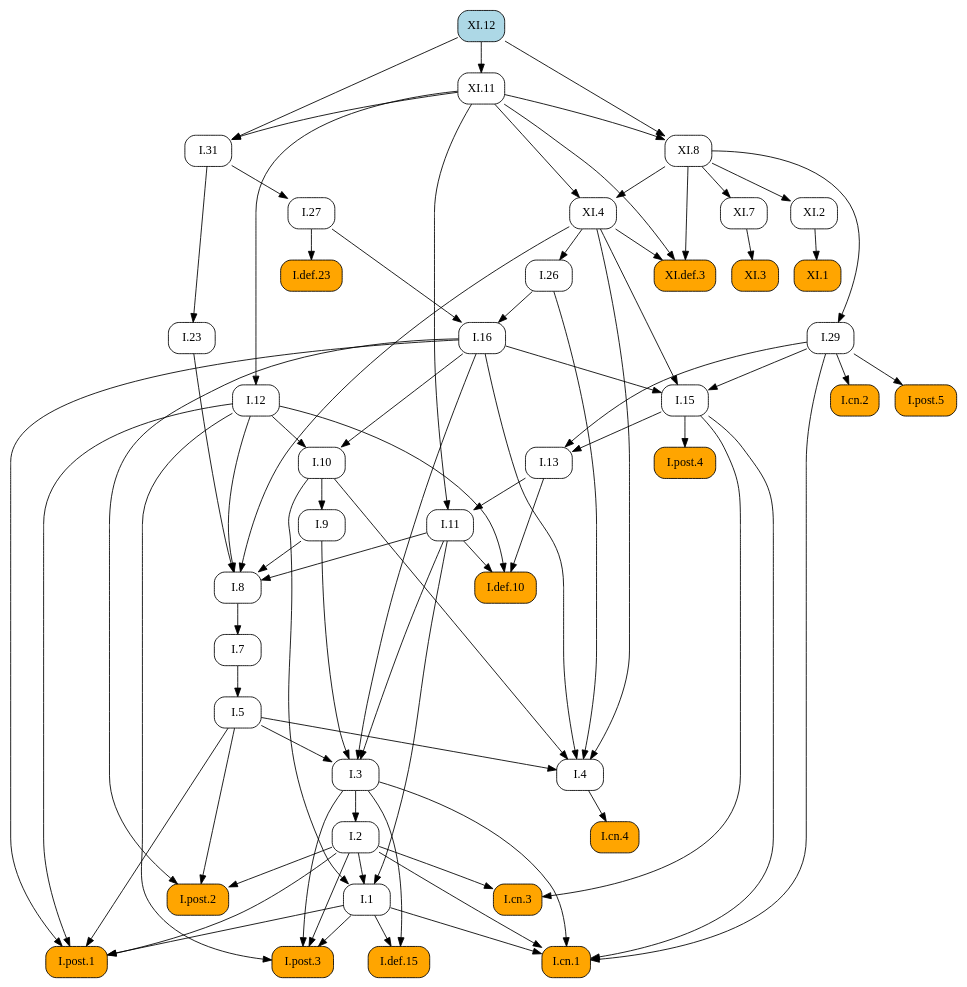
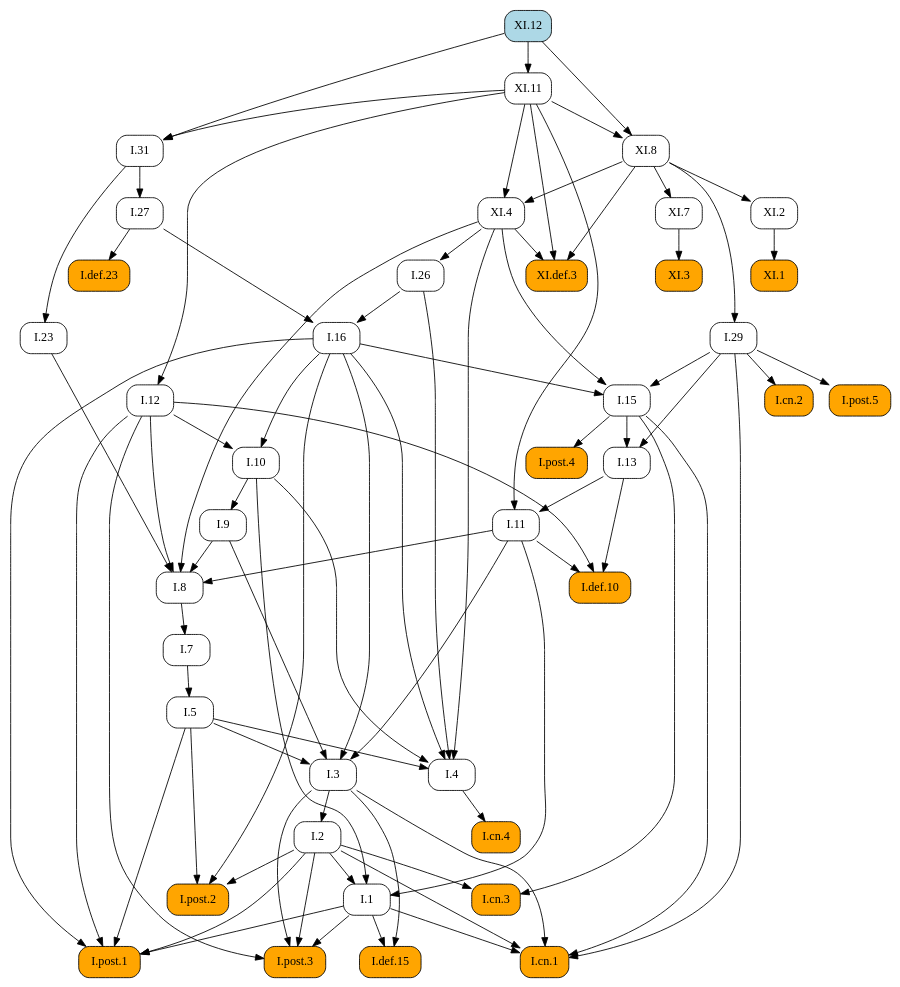
One commit to geometor/elements changed the diagram in docsrc/heath/XI/12/index.rst. Above: the diagram before and after it, drawn with Graphviz. The commit also changed other lines of this file and 484 other files, not shown here.

```diff
--- a/docsrc/heath/XI/12/index.rst
+++ b/docsrc/heath/XI/12/index.rst
@@ -33,124 +33,124 @@
    digraph {
      rankdir="TB";
      node [shape=box, style=rounded];
+     "I.23" [URL="/heath/I/23/", target="_top"];
+     "I.9" [URL="/heath/I/9/", target="_top"];
+     "XI.4" [URL="/heath/XI/4/", target="_top"];
+     "I.def.15" [style="rounded,filled", fillcolor=orange, URL="/heath/I/def.15/", target="_top"];
+     "XI.8" [URL="/heath/XI/8/", target="_top"];
+     "I.post.3" [style="rounded,filled", fillcolor=orange, URL="/heath/I/post.3/", target="_top"];
+     "I.post.1" [style="rounded,filled", fillcolor=orange, URL="/heath/I/post.1/", target="_top"];
+     "XI.3" [style="rounded,filled", fillcolor=orange, URL="/heath/XI/3/", target="_top"];
+     "I.31" [URL="/heath/I/31/", target="_top"];
      "I.def.10" [style="rounded,filled", fillcolor=orange, URL="/heath/I/def.10/", target="_top"];
+     "XI.12" [style="rounded,filled", fillcolor=lightblue, URL="/heath/XI/12/", target="_top"];
+     "XI.def.3" [style="rounded,filled", fillcolor=orange, URL="/heath/XI/def.3/", target="_top"];
+     "I.27" [URL="/heath/I/27/", target="_top"];
+     "XI.2" [URL="/heath/XI/2/", target="_top"];
+     "XI.7" [URL="/heath/XI/7/", target="_top"];
+     "I.3" [URL="/heath/I/3/", target="_top"];
+     "I.cn.1" [style="rounded,filled", fillcolor=orange, URL="/heath/I/cn.1/", target="_top"];
+     "I.7" [URL="/heath/I/7/", target="_top"];
+     "I.2" [URL="/heath/I/2/", target="_top"];
+     "I.13" [URL="/heath/I/13/", target="_top"];
+     "I.post.4" [style="rounded,filled", fillcolor=orange, URL="/heath/I/post.4/", target="_top"];
+     "I.4" [URL="/heath/I/4/", target="_top"];
+     "I.1" [URL="/heath/I/1/", target="_top"];
+     "I.5" [URL="/heath/I/5/", target="_top"];
+     "I.8" [URL="/heath/I/8/", target="_top"];
+     "I.29" [URL="/heath/I/29/", target="_top"];
+     "I.cn.3" [style="rounded,filled", fillcolor=orange, URL="/heath/I/cn.3/", target="_top"];
+     "I.16" [URL="/heath/I/16/", target="_top"];
+     "I.15" [URL="/heath/I/15/", target="_top"];
+     "I.10" [URL="/heath/I/10/", target="_top"];
      "I.11" [URL="/heath/I/11/", target="_top"];
-     "XI.def.3" [style="rounded,filled", fillcolor=orange, URL="/heath/XI/def.3/", target="_top"];
-     "I.1" [URL="/heath/I/1/", target="_top"];
-     "I.post.4" [style="rounded,filled", fillcolor=orange, URL="/heath/I/post.4/", target="_top"];
+     "I.def.23" [style="rounded,filled", fillcolor=orange, URL="/heath/I/def.23/", target="_top"];
+     "I.cn.2" [style="rounded,filled", fillcolor=orange, URL="/heath/I/cn.2/", target="_top"];
+     "I.post.5" [style="rounded,filled", fillcolor=orange, URL="/heath/I/post.5/", target="_top"];
+     "I.12" [URL="/heath/I/12/", target="_top"];
+     "XI.1" [style="rounded,filled", fillcolor=orange, URL="/heath/XI/1/", target="_top"];
+     "I.cn.4" [style="rounded,filled", fillcolor=orange, URL="/heath/I/cn.4/", target="_top"];
+     "I.post.2" [style="rounded,filled", fillcolor=orange, URL="/heath/I/post.2/", target="_top"];
+     "XI.11" [URL="/heath/XI/11/", target="_top"];
      "I.26" [URL="/heath/I/26/", target="_top"];
-     "XI.12" [style="rounded,filled", fillcolor=lightblue, URL="/heath/XI/12/", target="_top"];
-     "XI.7" [URL="/heath/XI/7/", target="_top"];
-     "I.29" [URL="/heath/I/29/", target="_top"];
-     "I.cn.2" [style="rounded,filled", fillcolor=orange, URL="/heath/I/cn.2/", target="_top"];
-     "XI.8" [URL="/heath/XI/8/", target="_top"];
-     "I.def.15" [style="rounded,filled", fillcolor=orange, URL="/heath/I/def.15/", target="_top"];
-     "XI.11" [URL="/heath/XI/11/", target="_top"];
-     "I.post.3" [style="rounded,filled", fillcolor=orange, URL="/heath/I/post.3/", target="_top"];
-     "XI.1" [style="rounded,filled", fillcolor=orange, URL="/heath/XI/1/", target="_top"];
-     "I.cn.1" [style="rounded,filled", fillcolor=orange, URL="/heath/I/cn.1/", target="_top"];
-     "I.cn.3" [style="rounded,filled", fillcolor=orange, URL="/heath/I/cn.3/", target="_top"];
-     "XI.2" [URL="/heath/XI/2/", target="_top"];
-     "I.23" [URL="/heath/I/23/", target="_top"];
-     "I.post.1" [style="rounded,filled", fillcolor=orange, URL="/heath/I/post.1/", target="_top"];
-     "I.27" [URL="/heath/I/27/", target="_top"];
-     "I.7" [URL="/heath/I/7/", target="_top"];
-     "I.3" [URL="/heath/I/3/", target="_top"];
-     "I.2" [URL="/heath/I/2/", target="_top"];
-     "I.def.23" [style="rounded,filled", fillcolor=orange, URL="/heath/I/def.23/", target="_top"];
-     "I.4" [URL="/heath/I/4/", target="_top"];
-     "I.13" [URL="/heath/I/13/", target="_top"];
-     "I.12" [URL="/heath/I/12/", target="_top"];
-     "I.31" [URL="/heath/I/31/", target="_top"];
-     "I.post.2" [style="rounded,filled", fillcolor=orange, URL="/heath/I/post.2/", target="_top"];
-     "I.16" [URL="/heath/I/16/", target="_top"];
-     "I.9" [URL="/heath/I/9/", target="_top"];
-     "I.8" [URL="/heath/I/8/", target="_top"];
-     "I.cn.4" [style="rounded,filled", fillcolor=orange, URL="/heath/I/cn.4/", target="_top"];
-     "I.15" [URL="/heath/I/15/", target="_top"];
-     "XI.4" [URL="/heath/XI/4/", target="_top"];
-     "I.post.5" [style="rounded,filled", fillcolor=orange, URL="/heath/I/post.5/", target="_top"];
-     "I.10" [URL="/heath/I/10/", target="_top"];
-     "I.5" [URL="/heath/I/5/", target="_top"];
-     "XI.3" [style="rounded,filled", fillcolor=orange, URL="/heath/XI/3/", target="_top"];
-     "I.11" -> "I.def.10";
-     "I.12" -> "I.def.10";
-     "I.13" -> "I.def.10";
-     "I.13" -> "I.11";
-     "XI.11" -> "I.11";
-     "XI.4" -> "XI.def.3";
-     "XI.8" -> "XI.def.3";
-     "XI.11" -> "XI.def.3";
-     "I.2" -> "I.1";
-     "I.10" -> "I.1";
-     "I.11" -> "I.1";
-     "I.15" -> "I.post.4";
-     "XI.4" -> "I.26";
-     "XI.8" -> "XI.7";
-     "XI.8" -> "I.29";
-     "I.29" -> "I.cn.2";
+     "I.31" -> "I.23";
+     "I.10" -> "I.9";
+     "XI.8" -> "XI.4";
+     "XI.11" -> "XI.4";
+     "I.1" -> "I.def.15";
+     "I.3" -> "I.def.15";
      "XI.11" -> "XI.8";
      "XI.12" -> "XI.8";
-     "I.1" -> "I.def.15";
-     "I.3" -> "I.def.15";
-     "XI.12" -> "XI.11";
      "I.1" -> "I.post.3";
      "I.2" -> "I.post.3";
      "I.3" -> "I.post.3";
      "I.12" -> "I.post.3";
-     "XI.2" -> "XI.1";
+     "I.1" -> "I.post.1";
+     "I.2" -> "I.post.1";
+     "I.5" -> "I.post.1";
+     "I.12" -> "I.post.1";
+     "I.16" -> "I.post.1";
+     "XI.7" -> "XI.3";
+     "XI.11" -> "I.31";
+     "XI.12" -> "I.31";
+     "I.11" -> "I.def.10";
+     "I.12" -> "I.def.10";
+     "I.13" -> "I.def.10";
+     "XI.4" -> "XI.def.3";
+     "XI.8" -> "XI.def.3";
+     "XI.11" -> "XI.def.3";
+     "I.31" -> "I.27";
+     "XI.8" -> "XI.2";
+     "XI.8" -> "XI.7";
+     "I.5" -> "I.3";
+     "I.9" -> "I.3";
+     "I.11" -> "I.3";
+     "I.16" -> "I.3";
      "I.1" -> "I.cn.1";
      "I.2" -> "I.cn.1";
      "I.3" -> "I.cn.1";
      "I.15" -> "I.cn.1";
      "I.29" -> "I.cn.1";
-     "I.2" -> "I.cn.3";
-     "I.15" -> "I.cn.3";
-     "XI.8" -> "XI.2";
-     "I.31" -> "I.23";
-     "I.1" -> "I.post.1";
-     "I.2" -> "I.post.1";
-     "I.5" -> "I.post.1";
-     "I.12" -> "I.post.1";
-     "I.16" -> "I.post.1";
-     "I.31" -> "I.27";
      "I.8" -> "I.7";
-     "I.5" -> "I.3";
-     "I.9" -> "I.3";
-     "I.11" -> "I.3";
-     "I.16" -> "I.3";
      "I.3" -> "I.2";
-     "I.27" -> "I.def.23";
+     "I.15" -> "I.13";
+     "I.29" -> "I.13";
+     "I.15" -> "I.post.4";
      "I.5" -> "I.4";
      "I.10" -> "I.4";
      "I.16" -> "I.4";
      "I.26" -> "I.4";
      "XI.4" -> "I.4";
-     "I.15" -> "I.13";
-     "I.29" -> "I.13";
-     "XI.11" -> "I.12";
-     "XI.11" -> "I.31";
-     "XI.12" -> "I.31";
-     "I.2" -> "I.post.2";
-     "I.5" -> "I.post.2";
-     "I.16" -> "I.post.2";
-     "I.26" -> "I.16";
-     "I.27" -> "I.16";
-     "I.10" -> "I.9";
+     "I.2" -> "I.1";
+     "I.10" -> "I.1";
+     "I.11" -> "I.1";
+     "I.7" -> "I.5";
      "I.9" -> "I.8";
      "I.11" -> "I.8";
      "I.12" -> "I.8";
      "I.23" -> "I.8";
      "XI.4" -> "I.8";
-     "I.4" -> "I.cn.4";
+     "XI.8" -> "I.29";
+     "I.2" -> "I.cn.3";
+     "I.15" -> "I.cn.3";
+     "I.26" -> "I.16";
+     "I.27" -> "I.16";
      "I.16" -> "I.15";
      "I.29" -> "I.15";
      "XI.4" -> "I.15";
-     "XI.8" -> "XI.4";
-     "XI.11" -> "XI.4";
-     "I.29" -> "I.post.5";
      "I.12" -> "I.10";
      "I.16" -> "I.10";
-     "I.7" -> "I.5";
-     "XI.7" -> "XI.3";
+     "I.13" -> "I.11";
+     "XI.11" -> "I.11";
+     "I.27" -> "I.def.23";
+     "I.29" -> "I.cn.2";
+     "I.29" -> "I.post.5";
+     "XI.11" -> "I.12";
+     "XI.2" -> "XI.1";
+     "I.4" -> "I.cn.4";
+     "I.2" -> "I.post.2";
+     "I.5" -> "I.post.2";
+     "I.16" -> "I.post.2";
+     "XI.12" -> "XI.11";
+     "XI.4" -> "I.26";
    }
```
